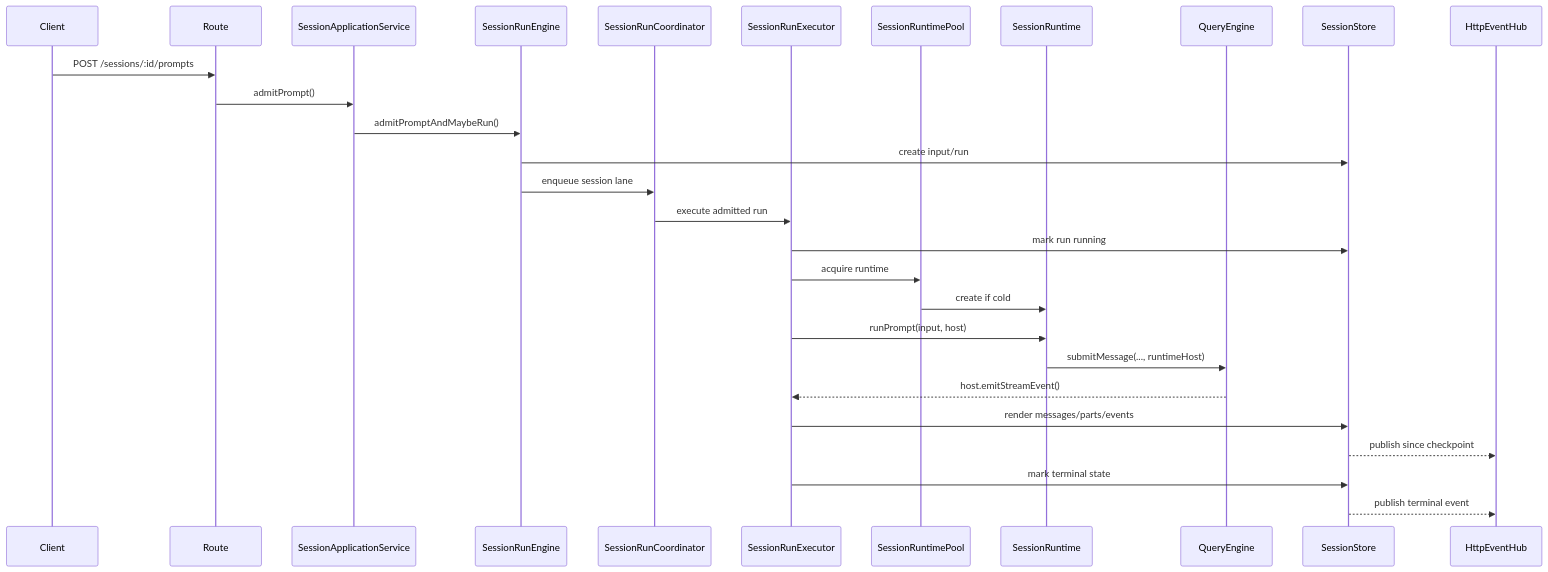
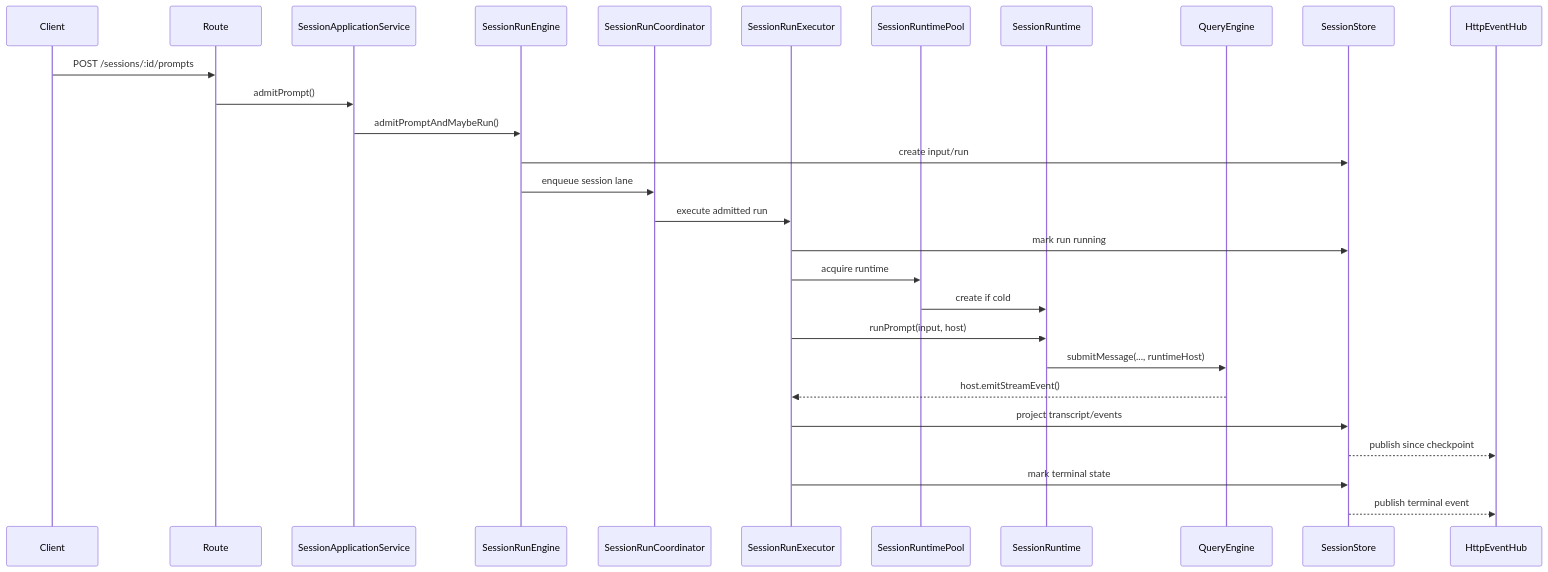
The third of 5 diagrams in docs/daemon-runtime-flow-map.md (rzx007/openharness-ts), drawn with Mermaid before and after one commit. The commit also changed other lines of this file and 5 other files, not shown here.

````diff
--- a/docs/daemon-runtime-flow-map.md
+++ b/docs/daemon-runtime-flow-map.md
@@ -140,31 +140,31 @@
 ```mermaid
 sequenceDiagram
   participant C as Client
   participant R as Route
   participant A as SessionApplicationService
   participant E as SessionRunEngine
   participant L as SessionRunCoordinator
   participant X as SessionRunExecutor
   participant P as SessionRuntimePool
   participant RT as SessionRuntime
   participant QE as QueryEngine
   participant S as SessionStore
   participant SSE as HttpEventHub
 
   C->>R: POST /sessions/:id/prompts
   R->>A: admitPrompt()
   A->>E: admitPromptAndMaybeRun()
   E->>S: create input/run
   E->>L: enqueue session lane
   L->>X: execute admitted run
   X->>S: mark run running
   X->>P: acquire runtime
   P->>RT: create if cold
   X->>RT: runPrompt(input, host)
   RT->>QE: submitMessage(..., runtimeHost)
   QE-->>X: host.emitStreamEvent()
-  X->>S: render messages/parts/events
+  X->>S: project transcript/events
   S-->>SSE: publish since checkpoint
   X->>S: mark terminal state
   S-->>SSE: publish terminal event
 ```
````
